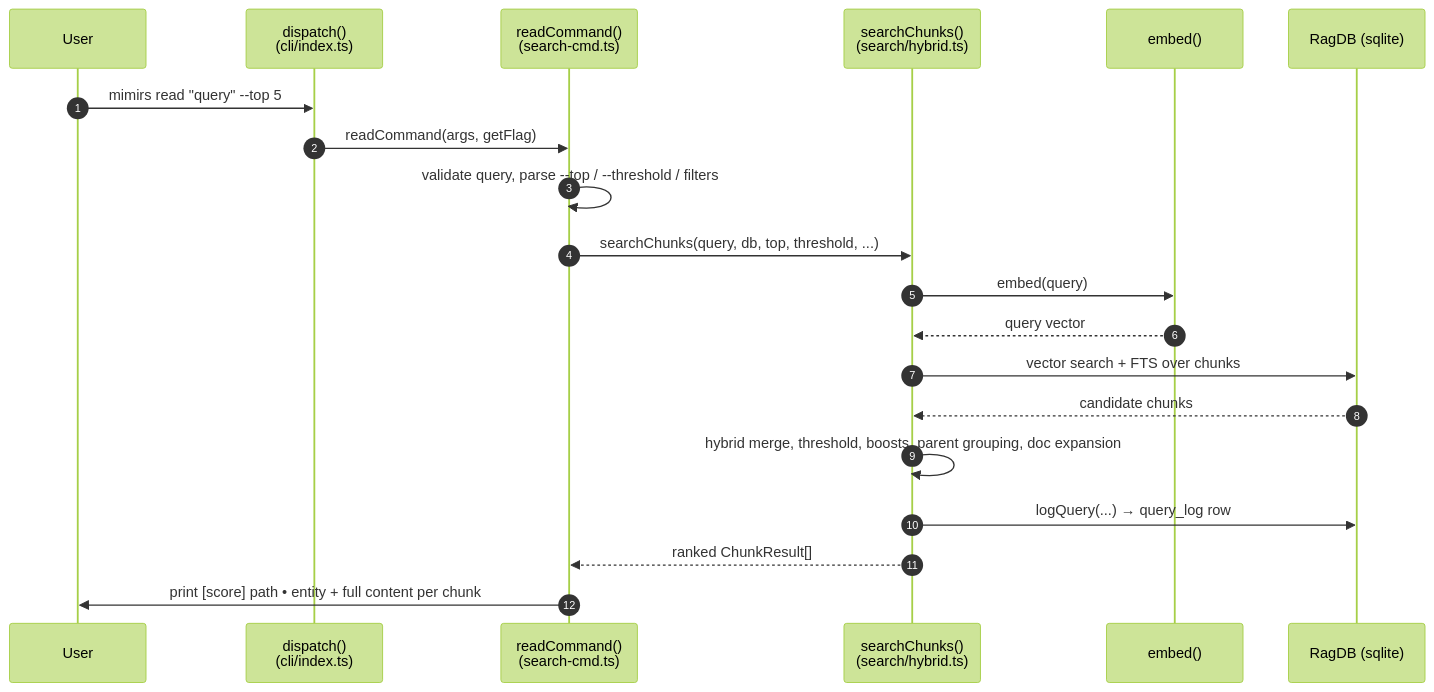
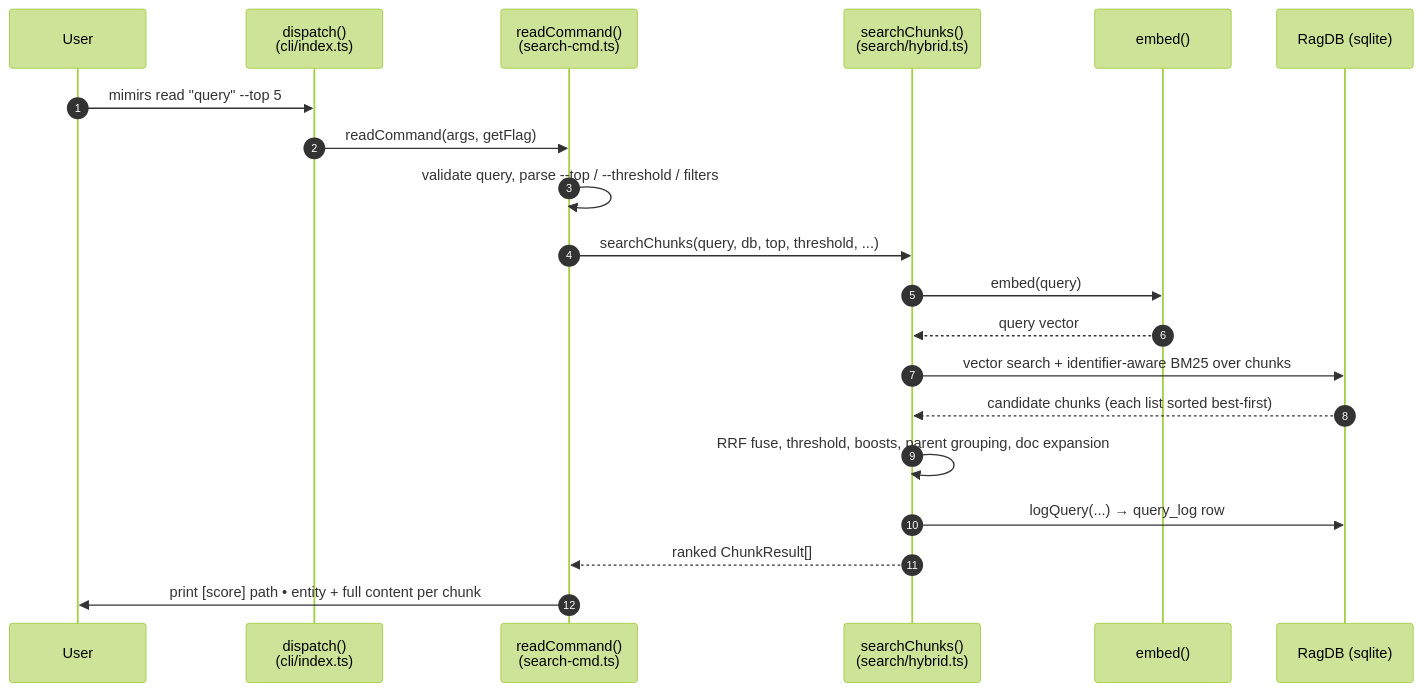
Before and after one commit to TheWinci/mimirs: the diagram in wiki/cli/read.md, drawn with Mermaid (forest theme). The commit also changed other lines of this file and 47 other files, not shown here.

````diff
--- a/wiki/cli/read.md
+++ b/wiki/cli/read.md
@@ -11,22 +11,22 @@
 ```mermaid
 sequenceDiagram
     autonumber
     participant User
     participant Dispatch as dispatch()<br>(cli/index.ts)
     participant Handler as readCommand()<br>(search-cmd.ts)
     participant Engine as searchChunks()<br>(search/hybrid.ts)
     participant Embed as embed()
     participant DB as RagDB (sqlite)
     User->>Dispatch: mimirs read "query" --top 5
     Dispatch->>Handler: readCommand(args, getFlag)
     Handler->>Handler: validate query, parse --top / --threshold / filters
     Handler->>Engine: searchChunks(query, db, top, threshold, ...)
     Engine->>Embed: embed(query)
     Embed-->>Engine: query vector
-    Engine->>DB: vector search + FTS over chunks
-    DB-->>Engine: candidate chunks
-    Engine->>Engine: hybrid merge, threshold, boosts, parent grouping, doc expansion
+    Engine->>DB: vector search + identifier-aware BM25 over chunks
+    DB-->>Engine: candidate chunks (each list sorted best-first)
+    Engine->>Engine: RRF fuse, threshold, boosts, parent grouping, doc expansion
     Engine->>DB: logQuery(...) → query_log row
     Engine-->>Handler: ranked ChunkResult[]
     Handler->>User: print [score] path • entity + full content per chunk
 ```
````
